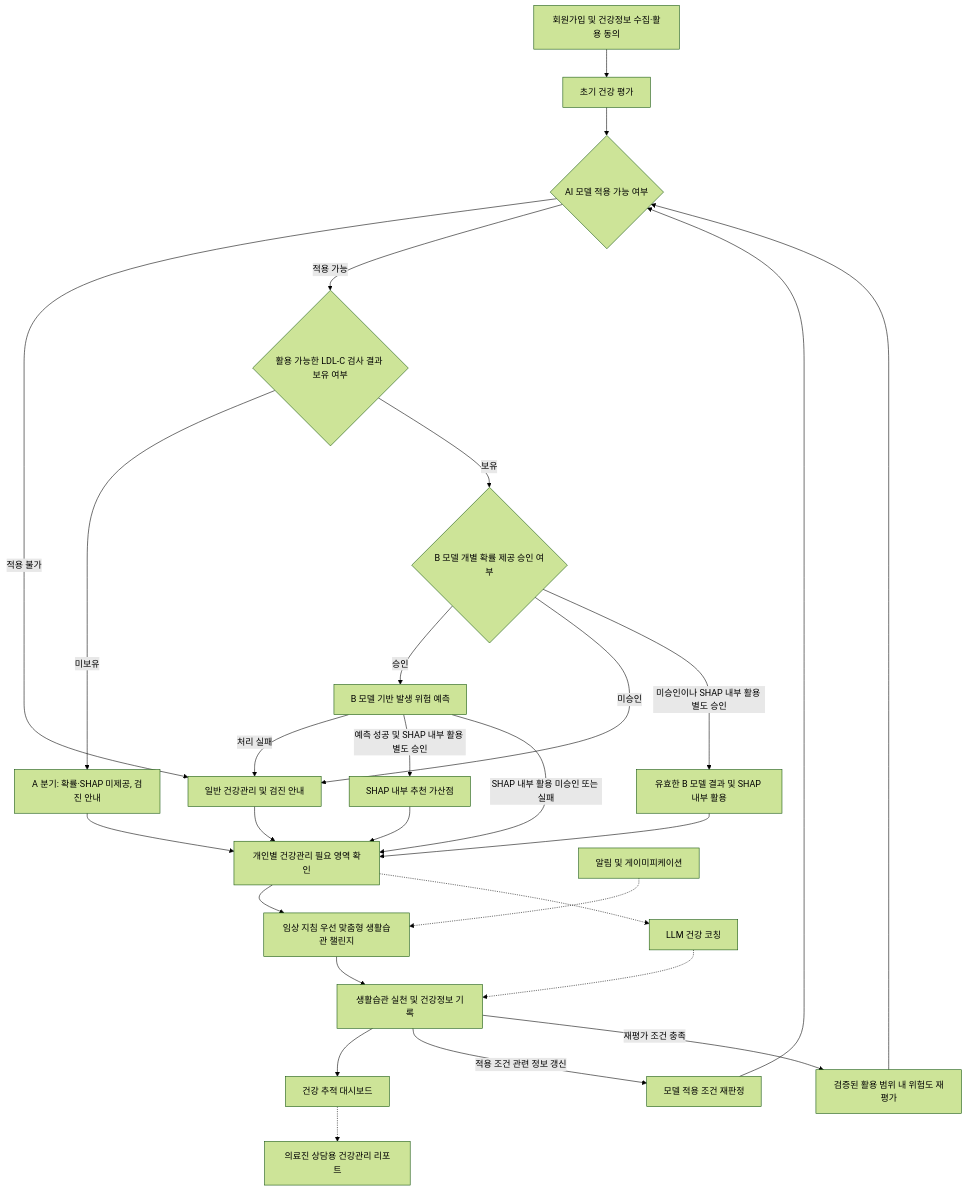
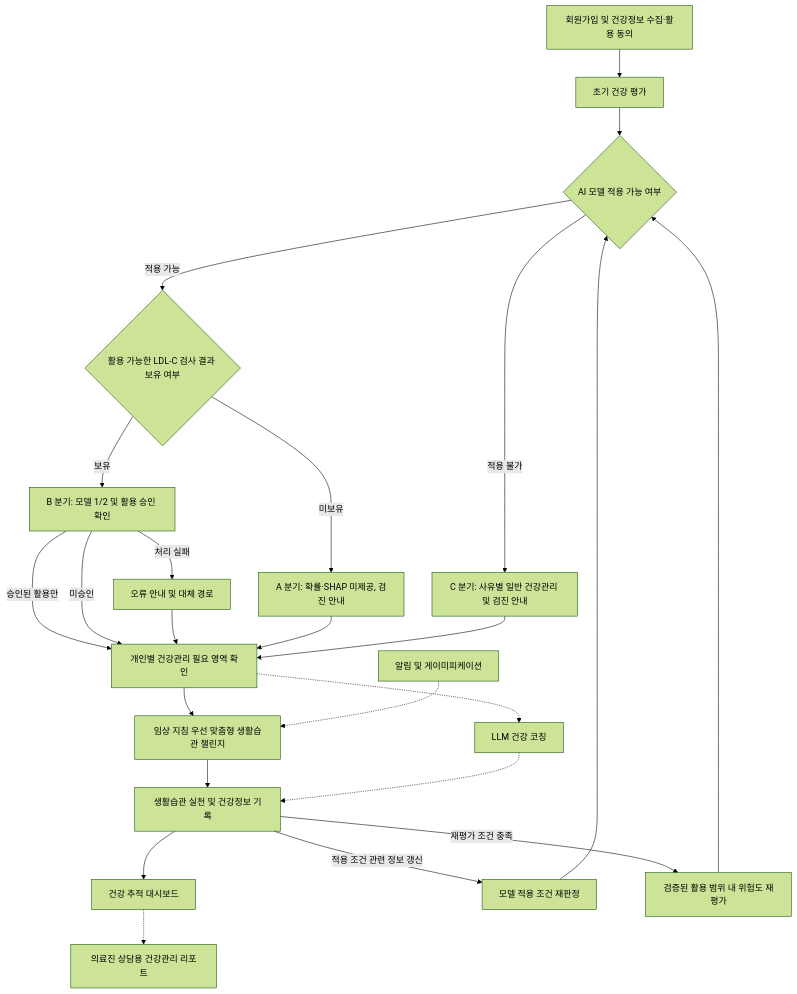
The first of 2 diagrams in docs/planning/WELLOOP_요구사항정의서_v2.0.md (AI-HealthCare-07/welloop), drawn with Mermaid (forest theme) before and after one commit. The commit also changed other lines of this file, not shown here.

````diff
--- a/docs/planning/WELLOOP_요구사항정의서_v2.0.md
+++ b/docs/planning/WELLOOP_요구사항정의서_v2.0.md
@@ -208,30 +210,26 @@
 ```mermaid
 flowchart TD
     AUTH["회원가입 및 건강정보 수집·활용 동의"] --> A["초기 건강 평가"]
     A --> B{"AI 모델 적용 가능 여부"}
-    B -->|적용 불가| F["일반 건강관리 및 검진 안내"]
+    B -->|적용 불가| F["C 분기: 사유별 일반 건강관리 및 검진 안내"]
     B -->|적용 가능| C{"활용 가능한 LDL-C 검사 결과 보유 여부"}
     C -->|미보유| D["A 분기: 확률·SHAP 미제공, 검진 안내"]
-    C -->|보유| B1{"B 모델 개별 확률 제공 승인 여부"}
-    B1 -->|승인| E["B 모델 기반 발생 위험 예측"]
-    B1 -->|미승인| F
-    B1 -->|미승인이나 SHAP 내부 활용 별도 승인| S["유효한 B 모델 결과 및 SHAP 내부 활용"]
-    S --> G
-    E -->|처리 실패| F
-    E -->|예측 성공 및 SHAP 내부 활용 별도 승인| H["SHAP 내부 추천 가산점"]
-    D --> G["개인별 건강관리 필요 영역 확인"]
-    H --> G
-    E -->|SHAP 내부 활용 미승인 또는 실패| G
+    C -->|보유| E["B 분기: 모델 1/2 및 활용 승인 확인"]
+    E -->|승인된 활용만| G["개인별 건강관리 필요 영역 확인"]
+    E -->|미승인| G
+    E -->|처리 실패| FAIL["오류 안내 및 대체 경로"]
+    FAIL --> G
+    D --> G
     F --> G
     G --> I["임상 지침 우선 맞춤형 생활습관 챌린지"]
     G -.-> J["LLM 건강 코칭"]
     I --> K["생활습관 실천 및 건강정보 기록"]
     J -.-> K
     L["알림 및 게이미피케이션"] -.-> I
     K --> M["건강 추적 대시보드"]
     M -.-> N["의료진 상담용 건강관리 리포트"]
     K -->|적용 조건 관련 정보 갱신| O["모델 적용 조건 재판정"]
     O --> B
     K -->|재평가 조건 충족| P["검증된 활용 범위 내 위험도 재평가"]
     P --> B
 ```
````
